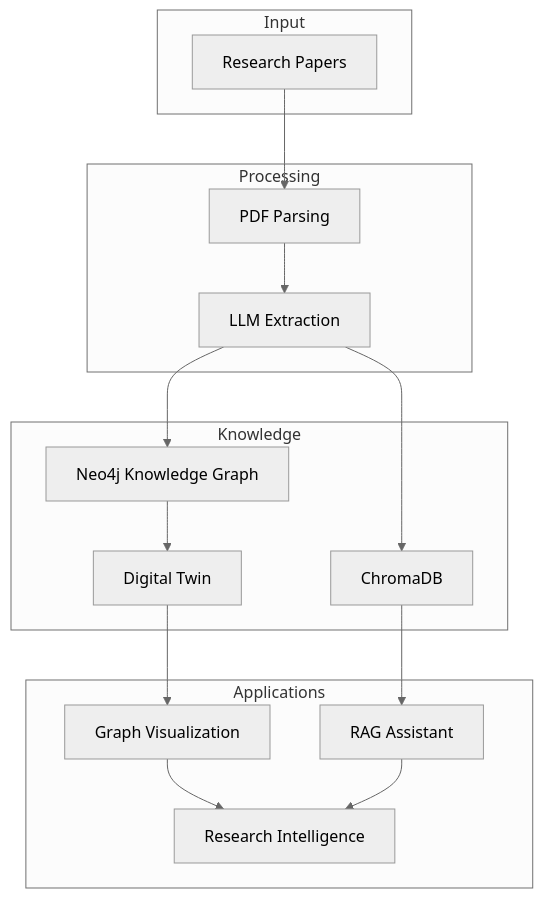
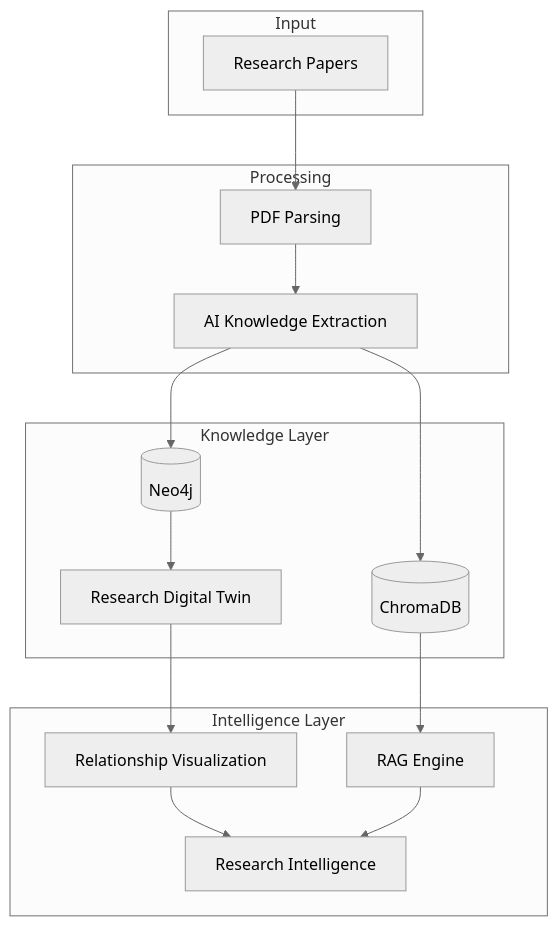
Before and after one commit to farahalmujaljel/Burhan: the fourth of 5 diagrams in README.md, drawn with Mermaid (neutral theme). The commit also changed other lines of this file, not shown here.

````diff
--- a/README.md
+++ b/README.md
@@ -198,42 +187,38 @@
 ```mermaid
 flowchart TB
 
-subgraph Input
-A[Research Papers]
-end
+    subgraph Input
+        A[Research Papers]
+    end
 
-subgraph Processing
-B[PDF Parsing]
-C[LLM Extraction]
-end
+    subgraph Processing
+        B[PDF Parsing]
+        C[AI Knowledge Extraction]
+    end
 
-subgraph Knowledge
-D[Neo4j Knowledge Graph]
-E[Digital Twin]
-F[ChromaDB]
-end
+    subgraph Knowledge Layer
+        D[(Neo4j)]
+        E[Research Digital Twin]
+        F[(ChromaDB)]
+    end
 
-subgraph Applications
-G[Graph Visualization]
-H[RAG Assistant]
-I[Research Intelligence]
-end
+    subgraph Intelligence Layer
+        G[Relationship Visualization]
+        H[RAG Engine]
+        I[Research Intelligence]
+    end
 
-A --> B
+    A --> B
+    B --> C
 
-B --> C
+    C --> D
+    D --> E
 
-C --> D
+    C --> F
 
-D --> E
+    E --> G
+    F --> H
 
-C --> F
-
-E --> G
-
-F --> H
-
-G --> I
-
-H --> I
+    G --> I
+    H --> I
 ```
````
